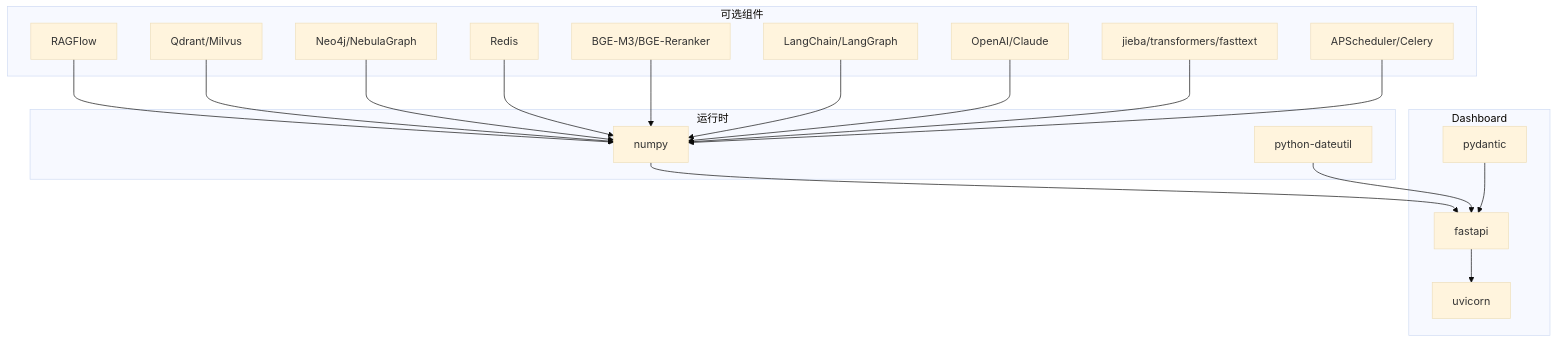
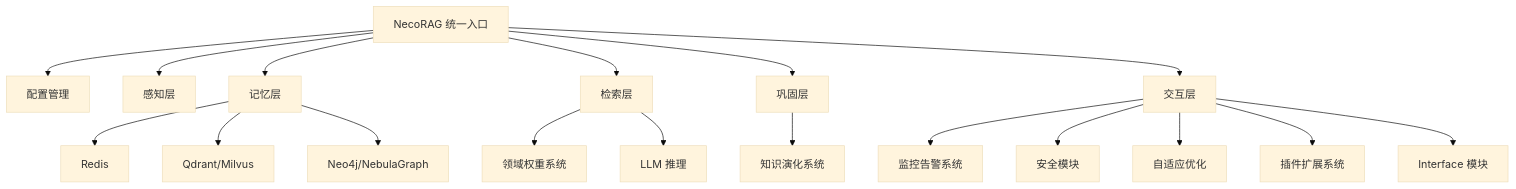
The tenth of 10 diagrams in .qoder/repowiki/zh/content/项目概述/项目概述.md (JieGaoPrinceton/NecoRAG), drawn with Mermaid (base theme) before and after one commit. The commit also changed other lines of this file and 181 other files, not shown here.

````diff
--- a/.qoder/repowiki/zh/content/项目概述/项目概述.md
+++ b/.qoder/repowiki/zh/content/项目概述/项目概述.md
@@ -191,36 +379,20 @@
 ```mermaid
 graph TB
-subgraph "运行时"
-N["numpy"]
-D["python-dateutil"]
-end
-subgraph "Dashboard"
-F["fastapi"]
-U["uvicorn"]
-P["pydantic"]
-end
-subgraph "可选组件"
-R["RAGFlow"]
-Q["Qdrant/Milvus"]
-G["Neo4j/NebulaGraph"]
-C["Redis"]
-B["BGE-M3/BGE-Reranker"]
-L["LangChain/LangGraph"]
-O["OpenAI/Claude"]
-J["jieba/transformers/fasttext"]
-S["APScheduler/Celery"]
-end
-N --> F
-D --> F
-F --> U
-P --> F
-R --> N
-Q --> N
-G --> N
-C --> N
-B --> N
-L --> N
-O --> N
-J --> N
-S --> N
+NR["NecoRAG 统一入口"] --> CFG["配置管理"]
+NR --> L1["感知层"]
+NR --> L2["记忆层"]
+NR --> L3["检索层"]
+NR --> L4["巩固层"]
+NR --> L5["交互层"]
+L3 --> DOM["领域权重系统"]
+L4 --> KE["知识演化系统"]
+L5 --> MON["监控告警系统"]
+L5 --> SEC["安全模块"]
+L5 --> ADP["自适应优化"]
+L5 --> PLG["插件扩展系统"]
+L5 --> IFACE["Interface 模块"]
+L2 --> RDS["Redis"]
+L2 --> QDR["Qdrant/Milvus"]
+L2 --> NEO["Neo4j/NebulaGraph"]
+L3 --> LLM["LLM 推理"]
 ```
````
